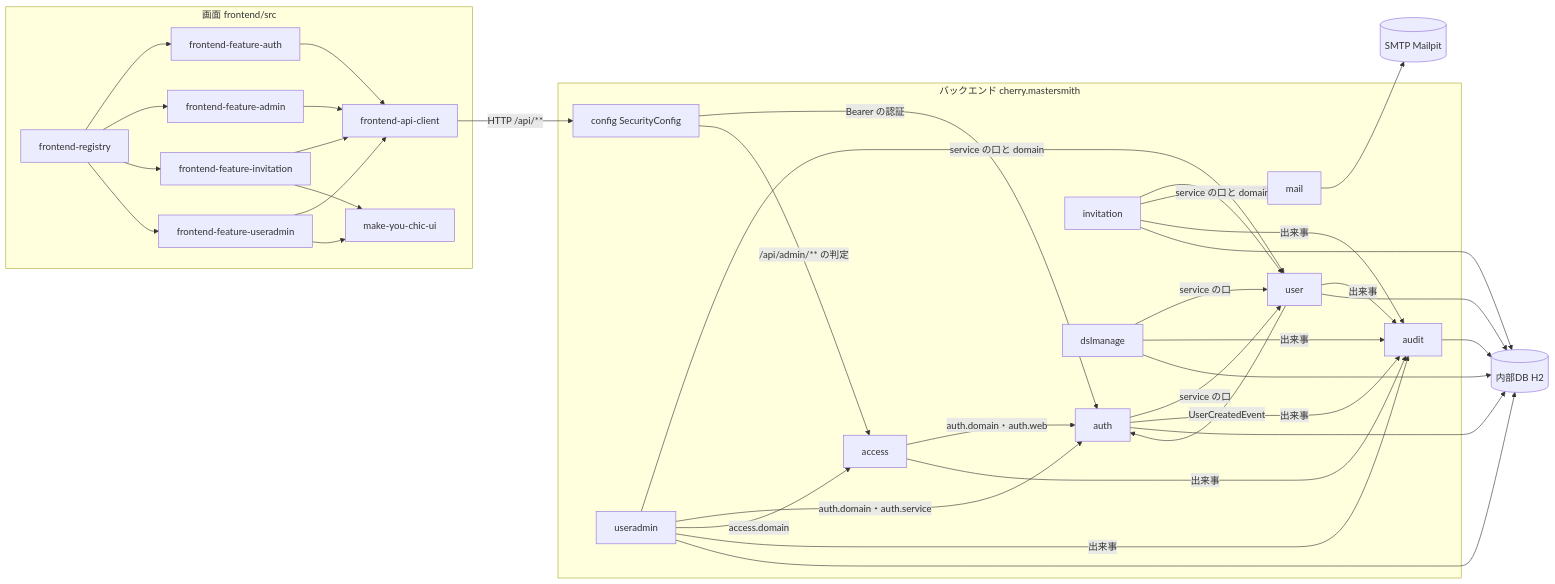
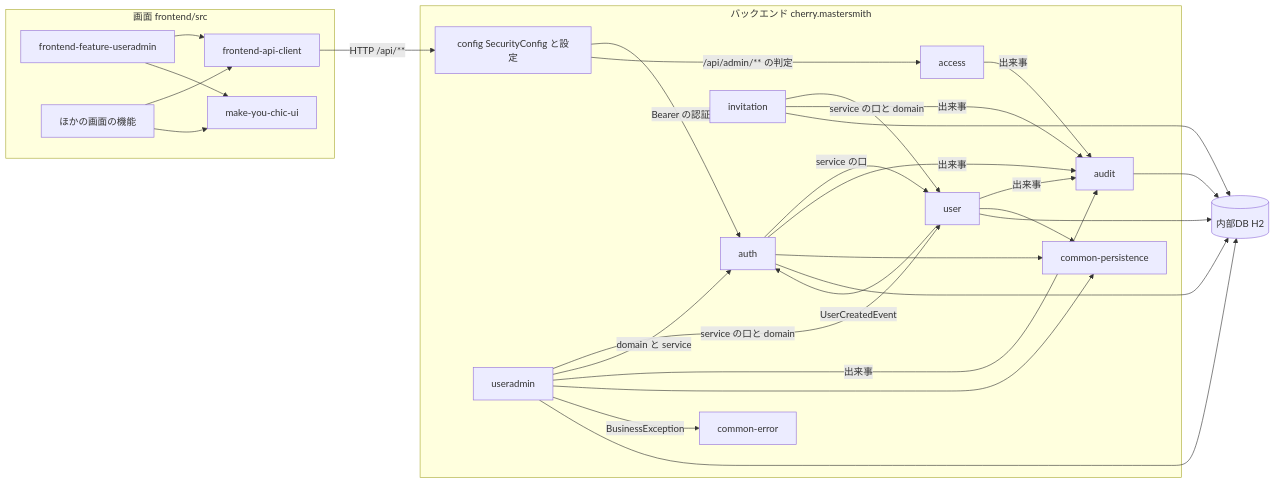
One commit to agwlvssainokuni/mastersmith2 changed the first of 5 diagrams in aidlc/spaces/default/codekb/mastersmith2/architecture.md. Above: the diagram before and after it, drawn with Mermaid. The commit also changed other lines of this file and 17 other files, not shown here.

````diff
--- a/aidlc/spaces/default/codekb/mastersmith2/architecture.md
+++ b/aidlc/spaces/default/codekb/mastersmith2/architecture.md
@@ -27,61 +29,48 @@
 ```mermaid
 flowchart LR
   subgraph FE["画面 frontend/src"]
-    REG["frontend-registry"]
-    FAUTH["frontend-feature-auth"]
-    FADM["frontend-feature-admin"]
-    FINV["frontend-feature-invitation"]
     FUA["frontend-feature-useradmin"]
+    FOTHER["ほかの画面の機能"]
     APIC["frontend-api-client"]
     MYC["make-you-chic-ui"]
   end
   subgraph BE["バックエンド cherry.mastersmith"]
-    CFG["config SecurityConfig"]
+    CFG["config SecurityConfig と設定"]
     AUTH["auth"]
     ACC["access"]
     USER["user"]
+    UA["useradmin"]
     INV["invitation"]
-    UA["useradmin"]
-    MAIL["mail"]
     AUDIT["audit"]
-    DSLM["dslmanage"]
+    PERS["common-persistence"]
+    ERR["common-error"]
   end
   H2[("内部DB H2")]
-  SMTP[("SMTP Mailpit")]
 
-  REG --> FAUTH
-  REG --> FADM
-  REG --> FINV
-  REG --> FUA
   FUA --> APIC
   FUA --> MYC
-  FADM --> APIC
-  FINV --> APIC
-  FAUTH --> APIC
-  FINV --> MYC
+  FOTHER --> APIC
+  FOTHER --> MYC
   APIC -- "HTTP /api/**" --> CFG
   CFG -- "Bearer の認証" --> AUTH
   CFG -- "/api/admin/** の判定" --> ACC
   AUTH -- "service の口" --> USER
-  ACC -- "auth.domain・auth.web" --> AUTH
+  UA -- "service の口と domain" --> USER
+  UA -- "domain と service" --> AUTH
   INV -- "service の口と domain" --> USER
-  INV --> MAIL
-  MAIL --> SMTP
-  DSLM -- "service の口" --> USER
-  UA -- "service の口と domain" --> USER
-  UA -- "auth.domain・auth.service" --> AUTH
-  UA -- "access.domain" --> ACC
-  UA -- "出来事" --> AUDIT
-  UA --> H2
   USER -- "UserCreatedEvent" --> AUTH
   AUTH -- "出来事" --> AUDIT
   ACC -- "出来事" --> AUDIT
   USER -- "出来事" --> AUDIT
+  UA -- "出来事" --> AUDIT
   INV -- "出来事" --> AUDIT
-  DSLM -- "出来事" --> AUDIT
+  UA --> PERS
+  USER --> PERS
+  AUTH --> PERS
+  UA -- "BusinessException" --> ERR
   USER --> H2
   AUTH --> H2
+  UA --> H2
   INV --> H2
   AUDIT --> H2
-  DSLM --> H2
 ```
````
